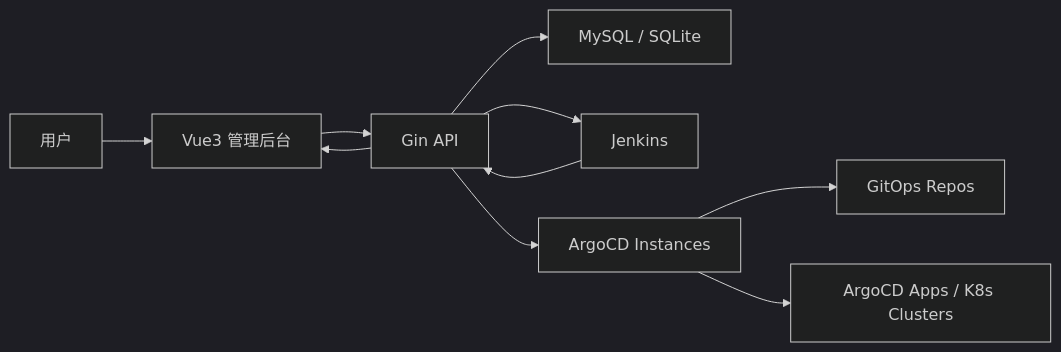
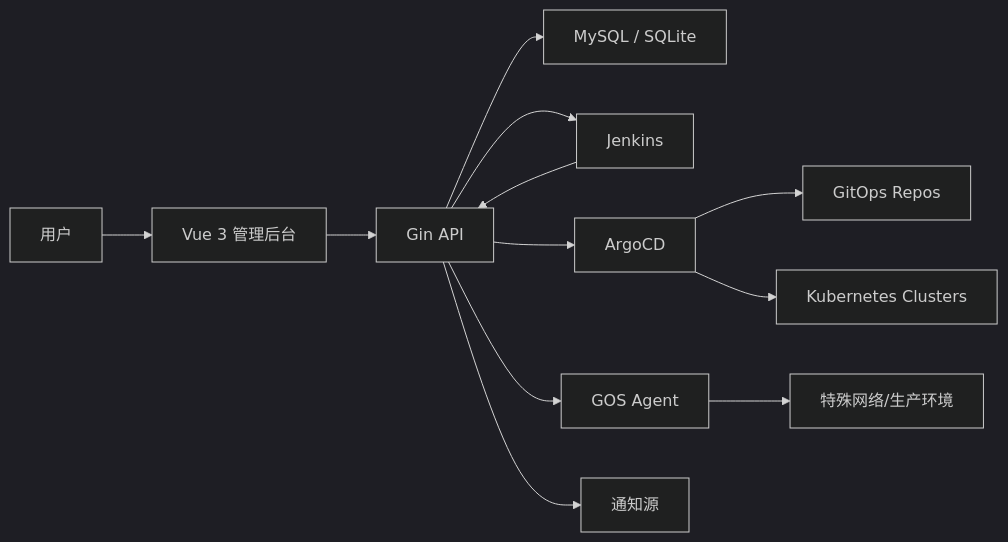
One commit to yl1664907302/gos changed the diagram in README.md. Above: the diagram before and after it, drawn with Mermaid (dark theme). The commit also changed other lines of this file and 24031 other files, not shown here.

````diff
--- a/README.md
+++ b/README.md
@@ -118,12 +191,14 @@
 ```mermaid
 flowchart LR
-    U["用户"] --> F["Vue3 管理后台"]
+    U["用户"] --> F["Vue 3 管理后台"]
     F --> B["Gin API"]
     B --> D["MySQL / SQLite"]
     B --> J["Jenkins"]
-    B --> AI["ArgoCD Instances"]
-    AI --> G["GitOps Repos"]
-    AI --> A["ArgoCD Apps / K8s Clusters"]
+    B --> AR["ArgoCD"]
+    B --> AG["GOS Agent"]
+    B --> N["通知源"]
+    AR --> G["GitOps Repos"]
+    AR --> K["Kubernetes Clusters"]
+    AG --> T["特殊网络/生产环境"]
     J --> B
-    B --> F
 ```
````
